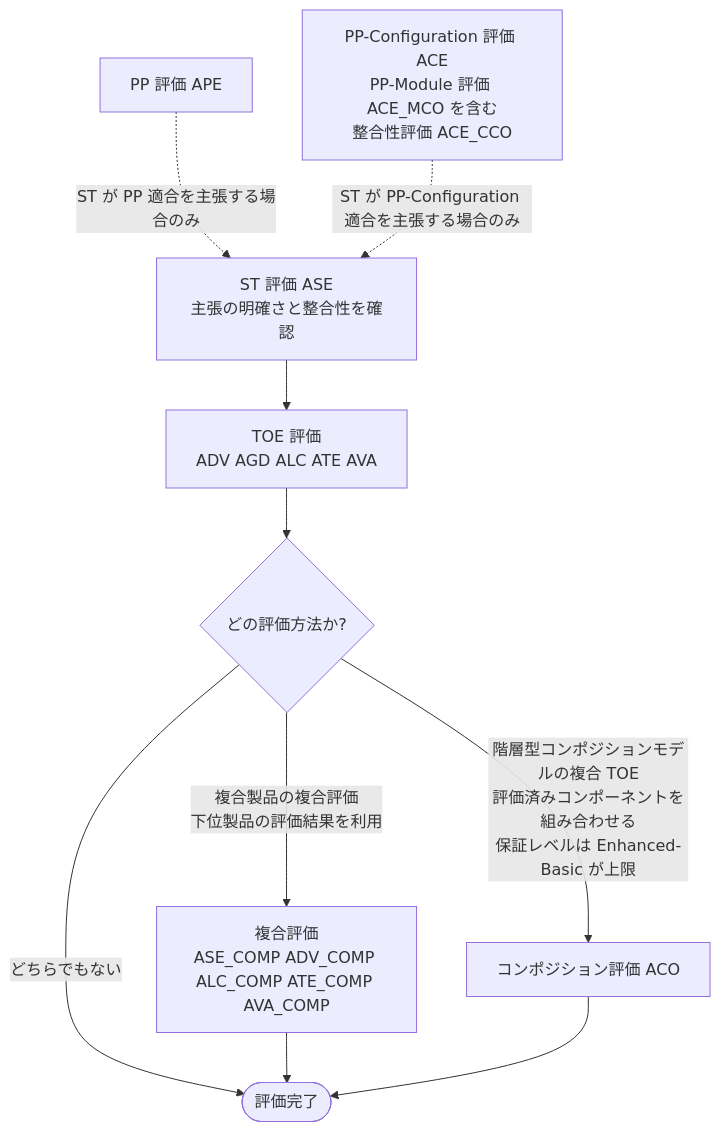
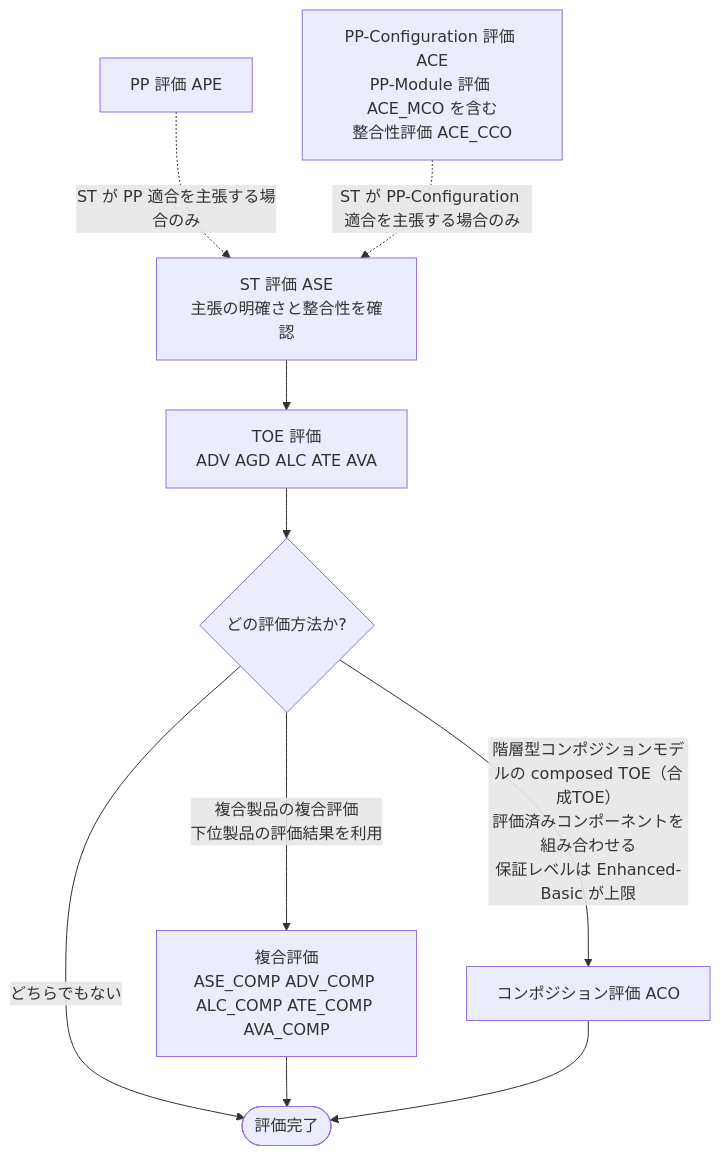
The tenth of 18 diagrams in Iso-iec-18045-2026-guide.md (myoshi2891/Security_Studies), drawn with Mermaid before and after one commit.

Commit message:
docs(iso18045): clarify composed TOE phrasing in evaluation flowchart
- Change flowchart branch label from '複合 TOE' to 'composed TOE（合成TOE）' to prevent confusion with composite evaluation

````diff
--- a/Iso-iec-18045-2026-guide.md
+++ b/Iso-iec-18045-2026-guide.md
@@ -382,13 +382,13 @@
 ```mermaid
 flowchart TD
     PP["PP 評価 APE"] -.->|"ST が PP 適合を主張する場合のみ"| ST
     PC["PP-Configuration 評価 ACE<br/>PP-Module 評価 ACE_MCO を含む<br/>整合性評価 ACE_CCO"]
     PC -.->|"ST が PP-Configuration 適合を主張する場合のみ"| ST
     ST["ST 評価 ASE<br/>主張の明確さと整合性を確認"] --> TOE
     TOE["TOE 評価<br/>ADV AGD ALC ATE AVA"] --> COMP{"どの評価方法か?"}
     COMP -->|"複合製品の複合評価<br/>下位製品の評価結果を利用"| CPE["複合評価<br/>ASE_COMP ADV_COMP ALC_COMP ATE_COMP AVA_COMP"]
-    COMP -->|"階層型コンポジションモデルの複合 TOE<br/>評価済みコンポーネントを組み合わせる<br/>保証レベルは Enhanced-Basic が上限"| ACO["コンポジション評価 ACO"]
+    COMP -->|"階層型コンポジションモデルの composed TOE（合成TOE）<br/>評価済みコンポーネントを組み合わせる<br/>保証レベルは Enhanced-Basic が上限"| ACO["コンポジション評価 ACO"]
     COMP -->|"どちらでもない"| END(["評価完了"])
     CPE --> END
     ACO --> END
 ```
````
